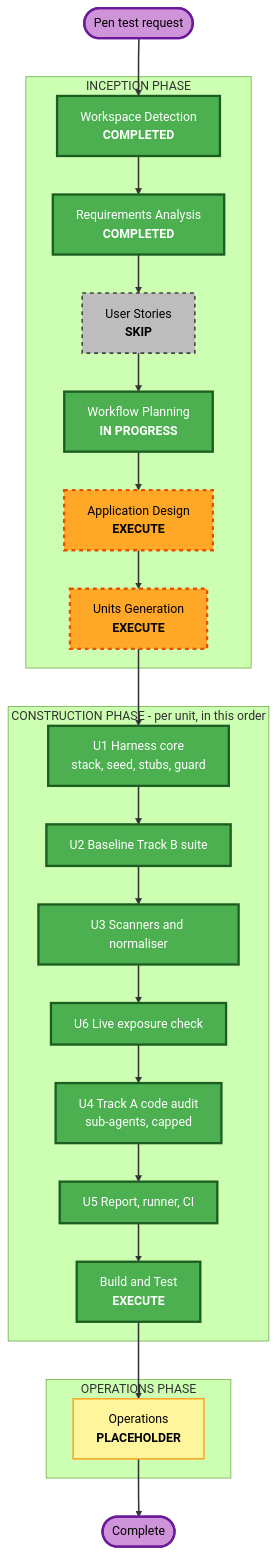
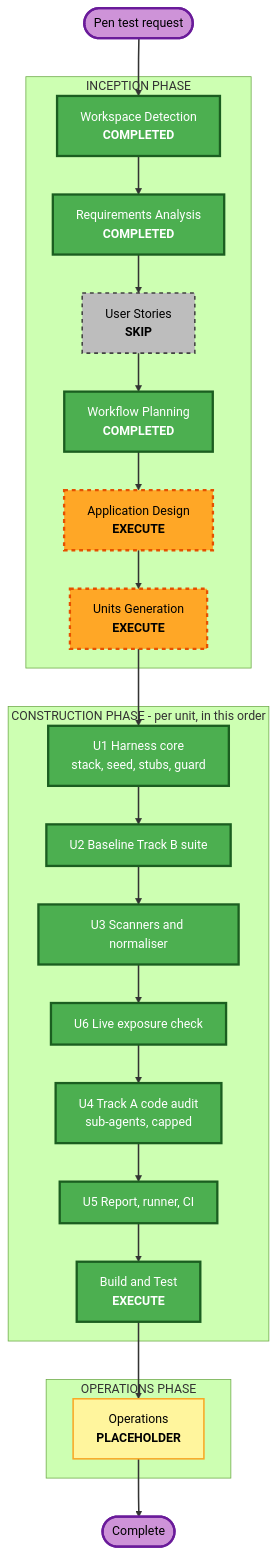
The diagram in aidlc-docs/inception/plans/penetration-test-execution-plan.md (jax79sg/transactAgent), drawn with Mermaid (forest theme) before and after one commit. The commit also changed other lines of this file and 3 other files, not shown here.

````diff
--- a/aidlc-docs/inception/plans/penetration-test-execution-plan.md
+++ b/aidlc-docs/inception/plans/penetration-test-execution-plan.md
@@ -68,62 +68,62 @@
 ```mermaid
 flowchart TD
     Start(["Pen test request"])
 
     subgraph INCEPTION["INCEPTION PHASE"]
         WD["Workspace Detection<br/><b>COMPLETED</b>"]
         RA["Requirements Analysis<br/><b>COMPLETED</b>"]
         US["User Stories<br/><b>SKIP</b>"]
-        WP["Workflow Planning<br/><b>IN PROGRESS</b>"]
+        WP["Workflow Planning<br/><b>COMPLETED</b>"]
         AD["Application Design<br/><b>EXECUTE</b>"]
         UG["Units Generation<br/><b>EXECUTE</b>"]
     end
 
     subgraph CONSTRUCTION["CONSTRUCTION PHASE - per unit, in this order"]
         U1["U1 Harness core<br/>stack, seed, stubs, guard"]
         U2["U2 Baseline Track B suite"]
         U3["U3 Scanners and normaliser"]
         U6["U6 Live exposure check"]
         U4["U4 Track A code audit<br/>sub-agents, capped"]
         U5["U5 Report, runner, CI"]
         BT["Build and Test<br/><b>EXECUTE</b>"]
     end
 
     subgraph OPERATIONS["OPERATIONS PHASE"]
         OPS["Operations<br/><b>PLACEHOLDER</b>"]
     end
 
     Start --> WD
     WD --> RA
     RA --> US
     US --> WP
     WP --> AD
     AD --> UG
     UG --> U1
     U1 --> U2
     U2 --> U3
     U3 --> U6
     U6 --> U4
     U4 --> U5
     U5 --> BT
     BT --> OPS
     OPS --> End(["Complete"])
 
     style WD fill:#4CAF50,stroke:#1B5E20,stroke-width:3px,color:#fff
     style RA fill:#4CAF50,stroke:#1B5E20,stroke-width:3px,color:#fff
     style WP fill:#4CAF50,stroke:#1B5E20,stroke-width:3px,color:#fff
     style US fill:#BDBDBD,stroke:#424242,stroke-width:2px,stroke-dasharray: 5 5,color:#000
     style AD fill:#FFA726,stroke:#E65100,stroke-width:3px,stroke-dasharray: 5 5,color:#000
     style UG fill:#FFA726,stroke:#E65100,stroke-width:3px,stroke-dasharray: 5 5,color:#000
     style U1 fill:#4CAF50,stroke:#1B5E20,stroke-width:3px,color:#fff
     style U2 fill:#4CAF50,stroke:#1B5E20,stroke-width:3px,color:#fff
     style U3 fill:#4CAF50,stroke:#1B5E20,stroke-width:3px,color:#fff
     style U4 fill:#4CAF50,stroke:#1B5E20,stroke-width:3px,color:#fff
     style U5 fill:#4CAF50,stroke:#1B5E20,stroke-width:3px,color:#fff
     style U6 fill:#4CAF50,stroke:#1B5E20,stroke-width:3px,color:#fff
     style BT fill:#4CAF50,stroke:#1B5E20,stroke-width:3px,color:#fff
     style OPS fill:#FFF59D,stroke:#F9A825,stroke-width:2px,color:#000
     style Start fill:#CE93D8,stroke:#6A1B9A,stroke-width:3px,color:#000
     style End fill:#CE93D8,stroke:#6A1B9A,stroke-width:3px,color:#000
 
     linkStyle default stroke:#333,stroke-width:2px
 ```
````
